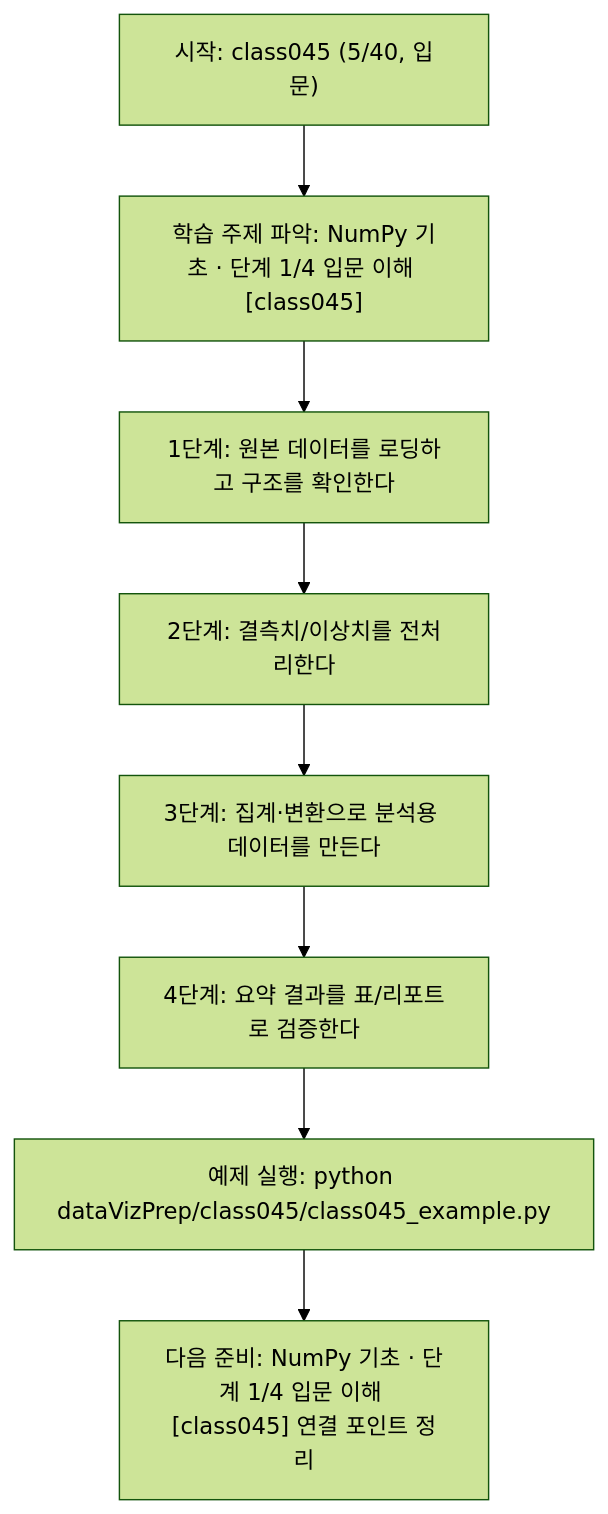
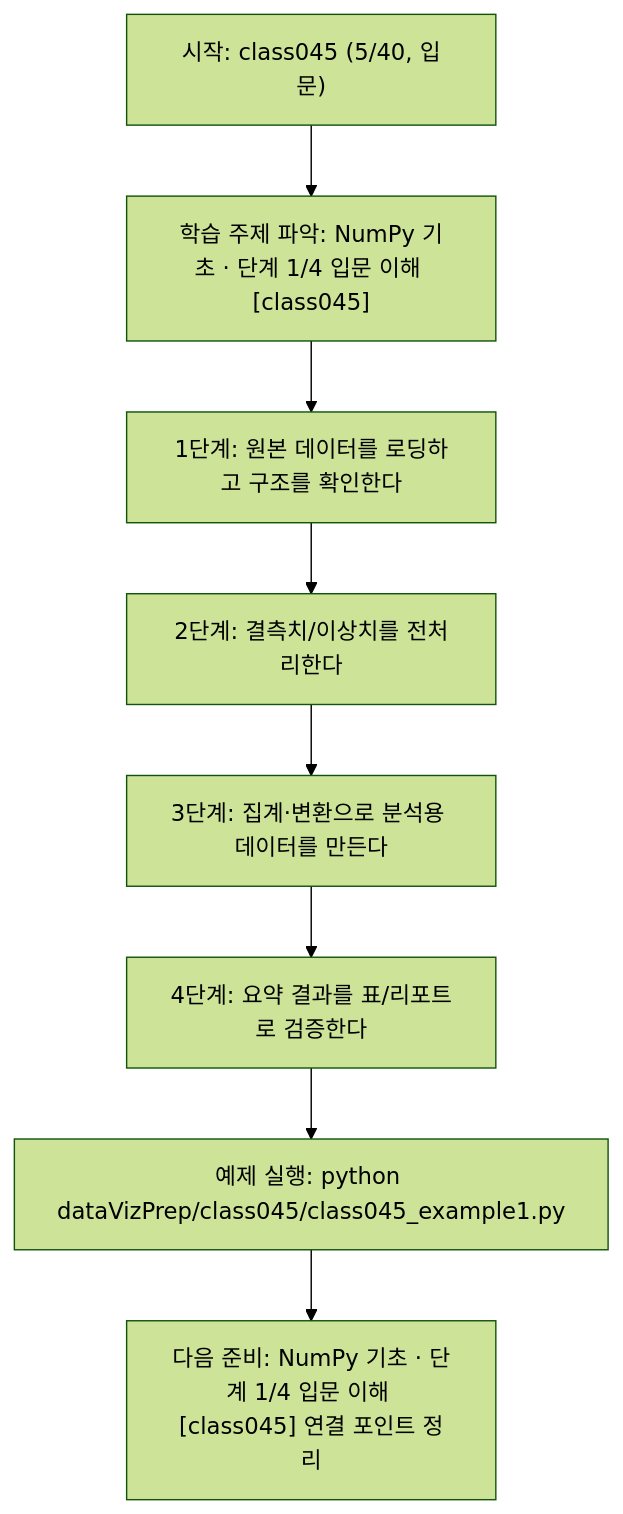
The diagram in dataVizPrep/class045/class045.md (edumgt/Python-AI_Agent-Class), drawn with Mermaid (forest theme) before and after one commit. The commit also changed other lines of this file and 2959 other files, not shown here.

````diff
--- a/dataVizPrep/class045/class045.md
+++ b/dataVizPrep/class045/class045.md
@@ -110,18 +110,18 @@
 ```mermaid
 flowchart TD
 N1["시작: class045 (5/40, 입문)"]
 N2["학습 주제 파악: NumPy 기초 · 단계 1/4 입문 이해 [class045]"]
 N3["1단계: 원본 데이터를 로딩하고 구조를 확인한다"]
 N4["2단계: 결측치/이상치를 전처리한다"]
 N5["3단계: 집계·변환으로 분석용 데이터를 만든다"]
 N6["4단계: 요약 결과를 표/리포트로 검증한다"]
-N7["예제 실행: python dataVizPrep/class045/class045_example.py"]
+N7["예제 실행: python dataVizPrep/class045/class045_example1.py"]
 N8["다음 준비: NumPy 기초 · 단계 1/4 입문 이해 [class045] 연결 포인트 정리"]
 N1 --> N2
 N2 --> N3
 N3 --> N4
 N4 --> N5
 N5 --> N6
 N6 --> N7
 N7 --> N8
 ```
````
